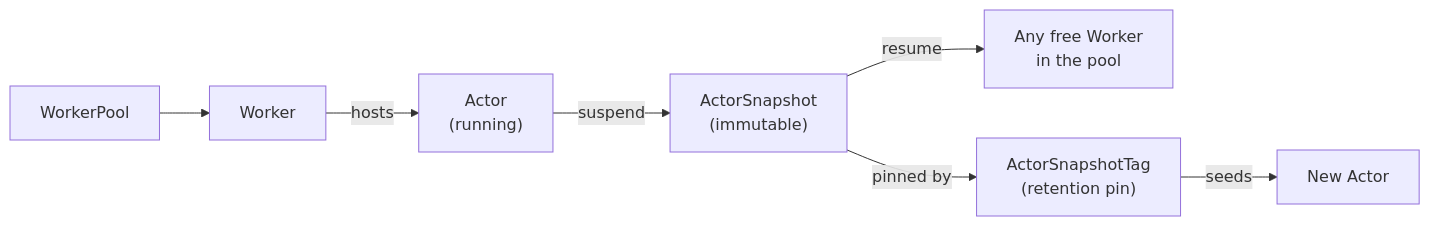
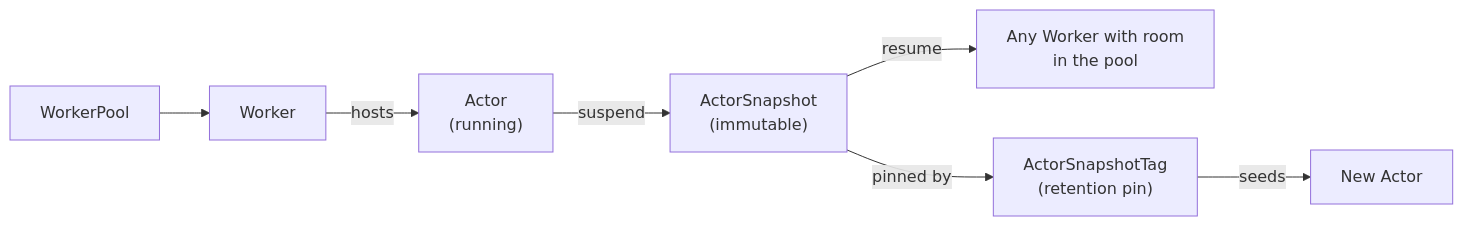
One commit to kagent-dev/website changed the diagram in docs-site/assets/kagent-docs/snippets/snapshot-cycle-diagram.md. Above: the diagram before and after it, drawn with Mermaid. The commit also changed 5 other files, not shown here.

````diff
--- a/docs-site/assets/kagent-docs/snippets/snapshot-cycle-diagram.md
+++ b/docs-site/assets/kagent-docs/snippets/snapshot-cycle-diagram.md
@@ -1,9 +1,9 @@
 ```mermaid
 flowchart LR
     pool["WorkerPool"] --> worker1["Worker"]
     worker1 -->|hosts| actor["Actor<br>(running)"]
     actor -->|suspend| snapshot["ActorSnapshot<br>(immutable)"]
-    snapshot -->|resume| worker2["Any free Worker<br>in the pool"]
+    snapshot -->|resume| worker2["Any Worker with room<br>in the pool"]
     snapshot -->|pinned by| tag["ActorSnapshotTag<br>(retention pin)"]
     tag -->|seeds| newactor["New Actor"]
 ```
````
